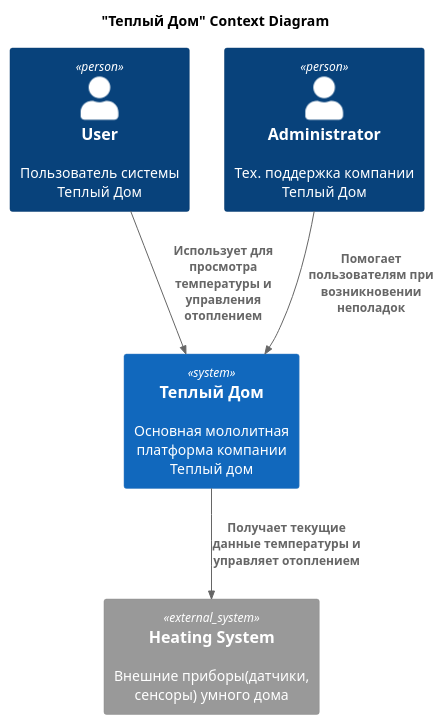
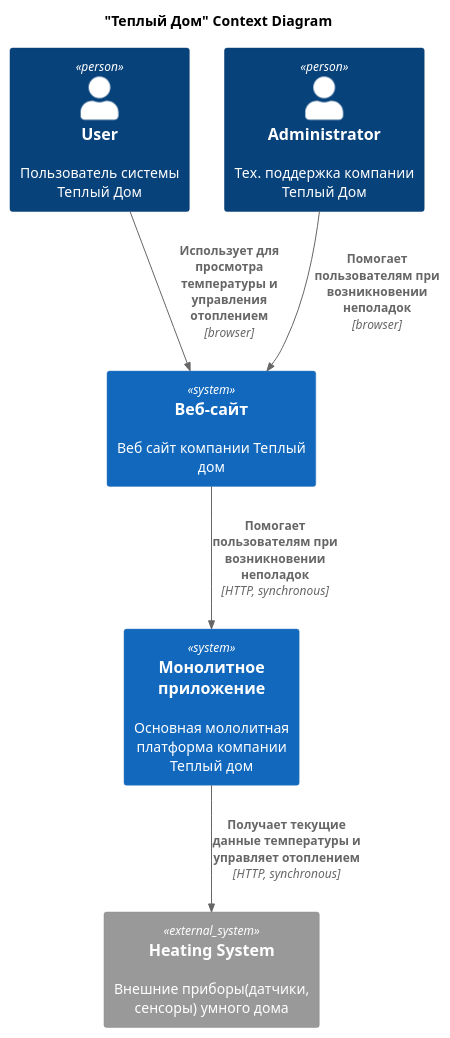
Before and after one commit to timurkartaev/architecture-sprint-3: the diagram in C4_Context.puml, drawn with PlantUML. The commit also changed 4 other files, not shown here.

```diff
--- a/C4_Context.puml
+++ b/C4_Context.puml
@@ -1,19 +1,18 @@
 @startuml
 title "Теплый Дом" Context Diagram
 
 top to bottom direction
 
 !includeurl https://raw.githubusercontent.com/RicardoNiepel/C4-PlantUML/master/C4_Component.puml
 
 Person(user, "User", "Пользователь системы Теплый Дом")
 Person(admin, "Administrator", "Тех. поддержка компании Теплый Дом")
-
-System(TepliyDomSystem, "Теплый Дом", "Основная мололитная платформа компании Теплый дом")
-
+System(TepliyDomSystemWebSite, "Веб-сайт", "Веб сайт компании Теплый дом")
+System(TepliyDomSystem, "Монолитное приложение", "Основная мололитная платформа компании Теплый дом")
 System_Ext(heatingSystem, "Heating System", "Внешние приборы(датчики, сенсоры) умного дома")
 
-Rel(user, TepliyDomSystem, "Использует для просмотра температуры и управления отоплением")
-Rel(admin,TepliyDomSystem, "Помогает пользователям при возникновении неполадок")
-Rel(TepliyDomSystem,heatingSystem,"Получает текущие данные температуры и управляет отоплением")
-
+Rel(user, TepliyDomSystemWebSite, "Использует для просмотра температуры и управления отоплением", "browser")
+Rel(admin,TepliyDomSystemWebSite, "Помогает пользователям при возникновении неполадок", "browser")
+Rel(TepliyDomSystemWebSite, TepliyDomSystem, "Помогает пользователям при возникновении неполадок", "HTTP, synchronous")
+Rel(TepliyDomSystem,heatingSystem,"Получает текущие данные температуры и управляет отоплением", "HTTP, synchronous")
 @enduml
```
